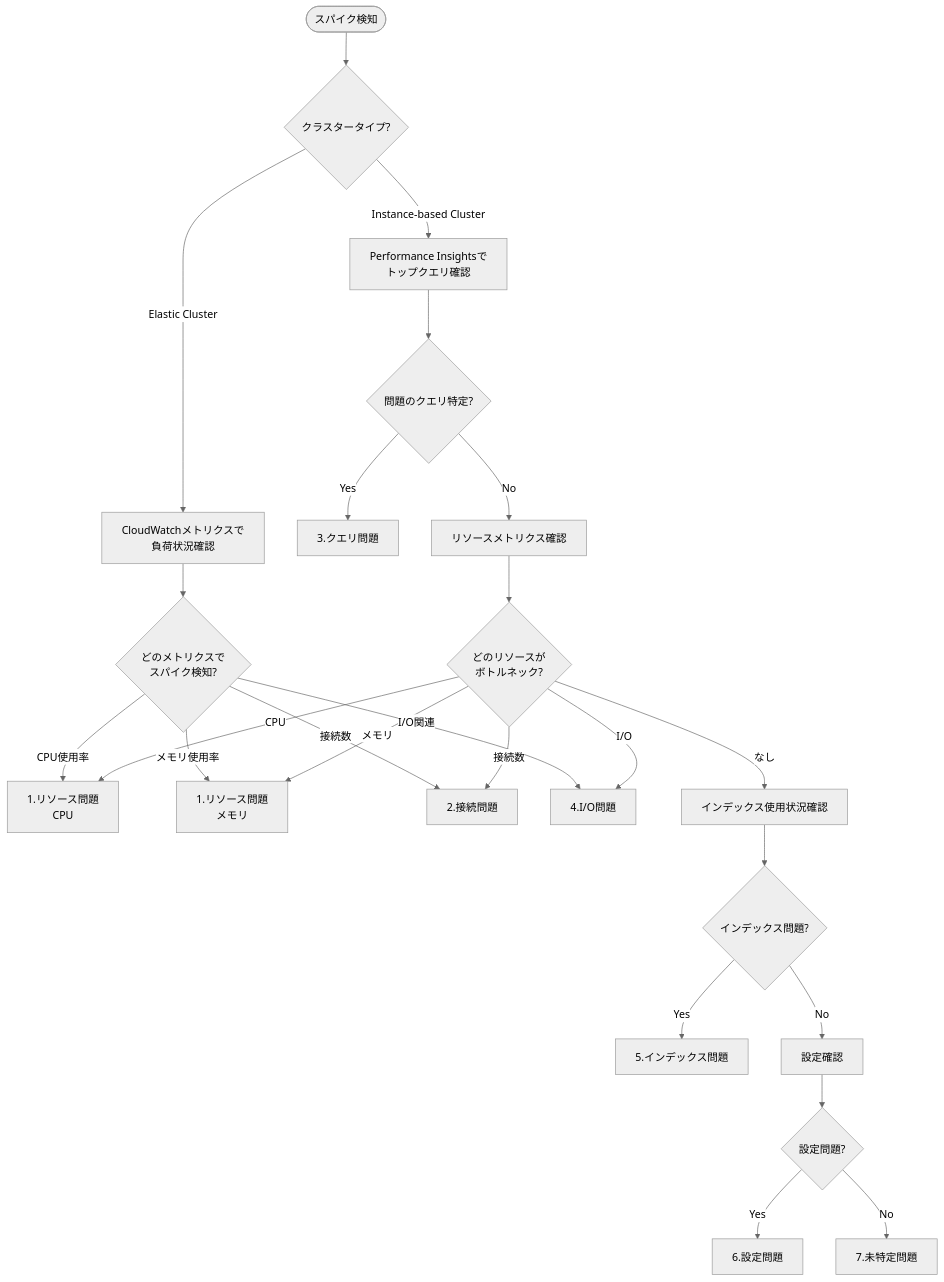
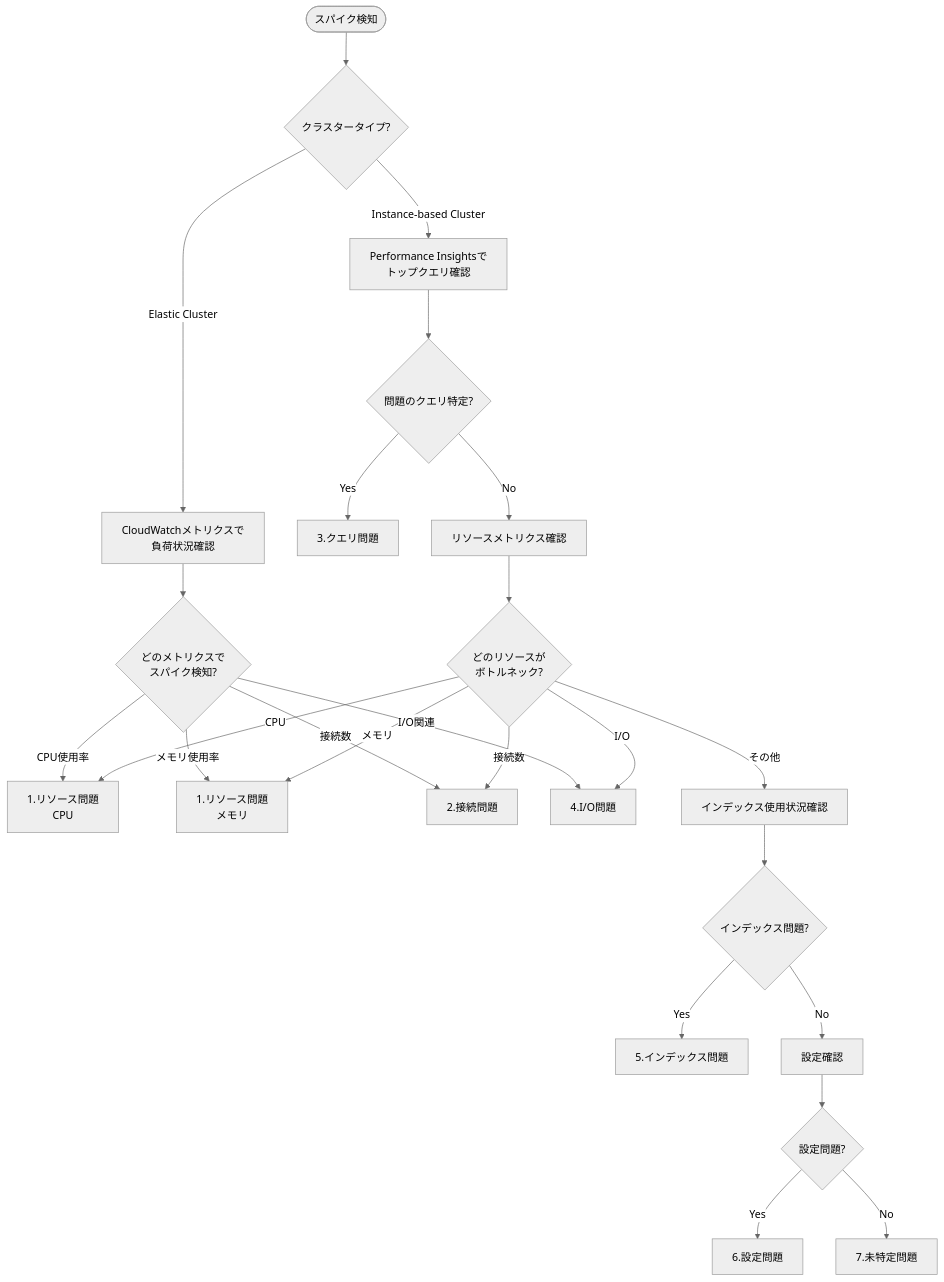
One commit to littlemex/aws-samples changed the first of 7 diagrams in databases/docdb/manuals/docdb.md. Above: the diagram before and after it, drawn with Mermaid (neutral theme). The commit also changed other lines of this file and 9 other files, not shown here.

````diff
--- a/databases/docdb/manuals/docdb.md
+++ b/databases/docdb/manuals/docdb.md
@@ -22,32 +26,32 @@
 ```mermaid
 flowchart TD
     Start([スパイク検知]) --> CheckType{クラスタータイプ?}
     
     CheckType -->|Instance-based Cluster| CheckPI[Performance Insightsで<br>トップクエリ確認]
     CheckType -->|Elastic Cluster| CheckMetrics[CloudWatchメトリクスで<br>負荷状況確認]
     
     CheckPI --> PIResult{問題のクエリ特定?}
     PIResult -->|Yes| QueryIssue[3.クエリ問題]
     PIResult -->|No| CheckResources[リソースメトリクス確認]
     
     CheckMetrics --> MetricsResult{どのメトリクスで<br>スパイク検知?}
     MetricsResult -->|CPU使用率| CPUSpike[1.リソース問題<br>CPU]
     MetricsResult -->|メモリ使用率| MemorySpike[1.リソース問題<br>メモリ]
     MetricsResult -->|接続数| ConnectionSpike[2.接続問題]
     MetricsResult -->|I/O関連| IOSpike[4.I/O問題]
     
     CheckResources --> ResourceResult{どのリソースが<br>ボトルネック?}
     ResourceResult -->|CPU| CPUSpike
     ResourceResult -->|メモリ| MemorySpike
     ResourceResult -->|接続数| ConnectionSpike
     ResourceResult -->|I/O| IOSpike
-    ResourceResult -->|なし| IndexCheck[インデックス使用状況確認]
+    ResourceResult -->|その他| IndexCheck[インデックス使用状況確認]
     
     IndexCheck --> IndexResult{インデックス問題?}
     IndexResult -->|Yes| IndexIssue[5.インデックス問題]
     IndexResult -->|No| ConfigCheck[設定確認]
     
     ConfigCheck --> ConfigResult{設定問題?}
     ConfigResult -->|Yes| ConfigIssue[6.設定問題]
     ConfigResult -->|No| UnknownIssue[7.未特定問題]
 ```
````
